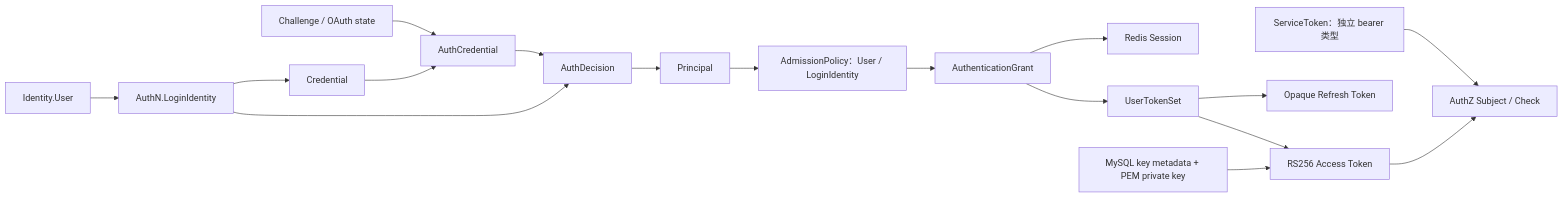
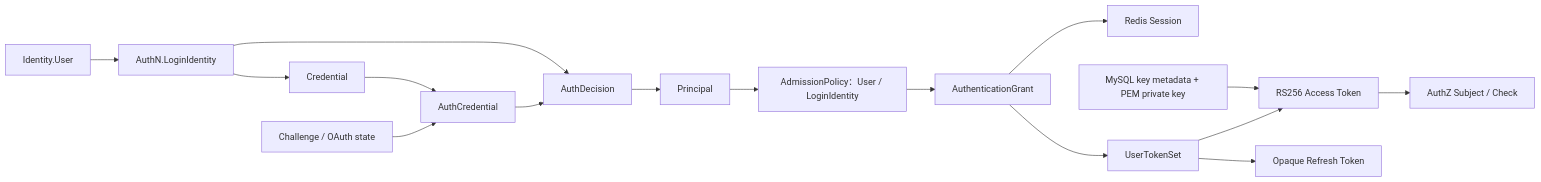
The first of 2 diagrams in docs/02-业务模块/02-AuthN/00-模块总览.md (FangcunMount/iam-contracts), drawn with Mermaid before and after one commit. The commit also changed other lines of this file and 877 other files, not shown here.

Commit message:
feat!: retire ServiceToken and migrate IAM SDK to v4

````diff
--- a/docs/02-业务模块/02-AuthN/00-模块总览.md
+++ b/docs/02-业务模块/02-AuthN/00-模块总览.md
@@ -40,19 +40,18 @@
 ```mermaid
 flowchart LR
     User["Identity.User"] --> LI["AuthN.LoginIdentity"]
     LI --> Credential["Credential"]
     Challenge["Challenge / OAuth state"] --> Proof["AuthCredential"]
     Credential --> Proof
     Proof --> Decision["AuthDecision"]
     LI --> Decision
     Decision --> Principal["Principal"]
     Principal --> Admission["AdmissionPolicy：User / LoginIdentity"]
     Admission --> Grant["AuthenticationGrant"]
     Grant --> Session["Redis Session"]
     Grant --> TokenSet["UserTokenSet"]
     TokenSet --> Access["RS256 Access Token"]
     TokenSet --> Refresh["Opaque Refresh Token"]
-    Service["ServiceToken：独立 bearer 类型"] --> AuthZ
     JWKS["MySQL key metadata + PEM private key"] --> Access
     Access --> AuthZ["AuthZ Subject / Check"]
 ```
````
